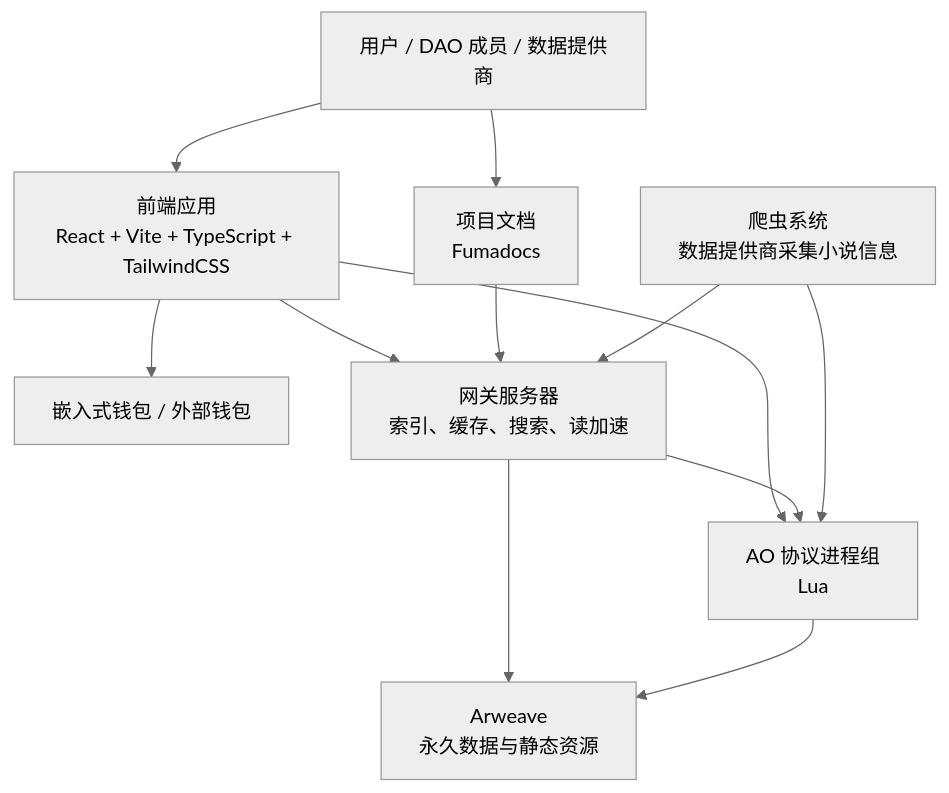
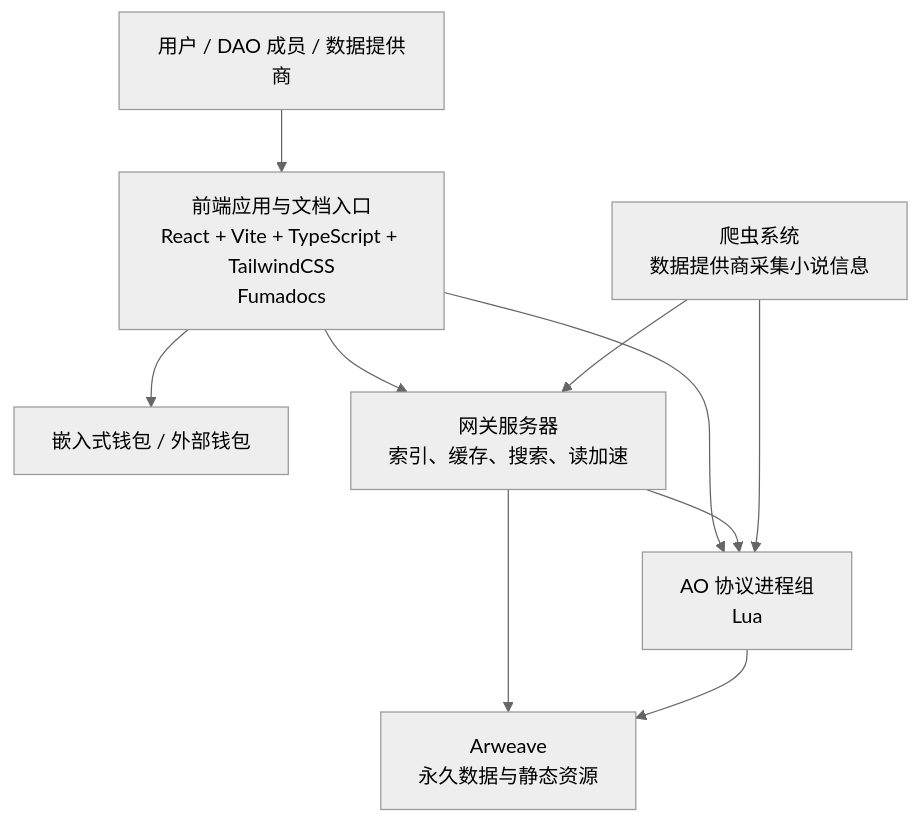
Before and after one commit to shennongdao/shennong: the diagram in 架构设计.md, drawn with Mermaid (neutral theme). The commit also changed other lines of this file, not shown here.

````diff
--- a/架构设计.md
+++ b/架构设计.md
@@ -33,24 +33,21 @@
 ```mermaid
 flowchart TB
   用户["用户 / DAO 成员 / 数据提供商"]
 
-  前端["前端应用<br/>React + Vite + TypeScript + TailwindCSS"]
-  文档["项目文档<br/>Fumadocs"]
+  前端["前端应用与文档入口<br/>React + Vite + TypeScript + TailwindCSS<br/>Fumadocs"]
   钱包["嵌入式钱包 / 外部钱包"]
   网关["网关服务器<br/>索引、缓存、搜索、读加速"]
   协议["AO 协议进程组<br/>Lua"]
   存储["Arweave<br/>永久数据与静态资源"]
   爬虫["爬虫系统<br/>数据提供商采集小说信息"]
 
   用户 --> 前端
-  用户 --> 文档
   前端 --> 钱包
   前端 --> 网关
   前端 --> 协议
-  文档 --> 网关
   网关 --> 协议
   网关 --> 存储
   协议 --> 存储
   爬虫 --> 协议
   爬虫 --> 网关
 ```
````
